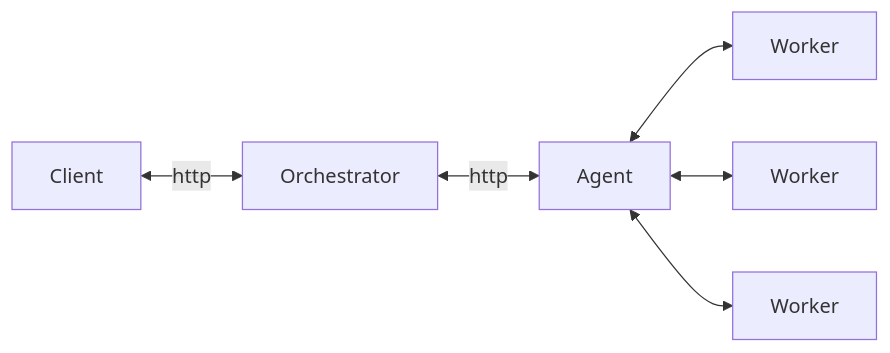
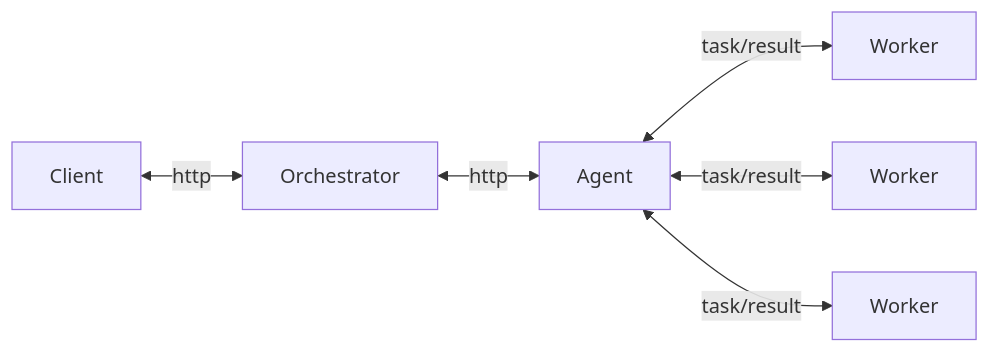
The diagram in README.md (YattaDeSune/calc-project), drawn with Mermaid before and after one commit. The commit also changed other lines of this file, not shown here.

````diff
--- a/README.md
+++ b/README.md
@@ -161,8 +177,8 @@
 ```mermaid
 flowchart LR
     A[Client] <-->|http| B[Orchestrator]
     B <-->|http| C[Agent]
-    C <--> D[Worker]
-    C <--> E[Worker]
-    C <--> F[Worker]
+    C <-->|task/result| D[Worker]
+    C <-->|task/result| E[Worker]
+    C <-->|task/result| F[Worker]
 ```
````
